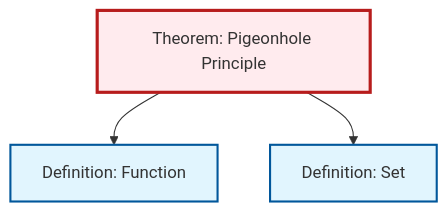
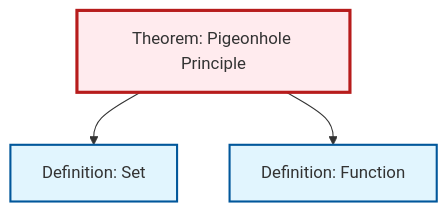
One commit to RK0429/ModernMath changed the diagram in content/en/combinatorics/thm-pigeonhole-principle.qmd. Above: the diagram before and after it, drawn with Mermaid. The commit also changed other lines of this file and 672 other files, not shown here.

````diff
--- a/content/en/combinatorics/thm-pigeonhole-principle.qmd
+++ b/content/en/combinatorics/thm-pigeonhole-principle.qmd
@@ -64,17 +64,17 @@
 ```{mermaid}
 %%| fig-cap: "Local dependency graph"
 graph TD
     classDef definition fill:#e1f5fe,stroke:#01579b,stroke-width:2px
     classDef theorem fill:#f3e5f5,stroke:#4a148c,stroke-width:2px
     classDef axiom fill:#fff3e0,stroke:#e65100,stroke-width:2px
     classDef example fill:#e8f5e9,stroke:#1b5e20,stroke-width:2px
     classDef current fill:#ffebee,stroke:#b71c1c,stroke-width:3px
+    def-set["Definition: Set"]:::definition
+    def-function["Definition: Function"]:::definition
     thm-pigeonhole-principle["Theorem: Pigeonhole Principle"]:::theorem
-    def-function["Definition: Function"]:::definition
-    def-set["Definition: Set"]:::definition
+    thm-pigeonhole-principle --> def-set
     thm-pigeonhole-principle --> def-function
-    thm-pigeonhole-principle --> def-set
     class thm-pigeonhole-principle current
+    click def-set "def-set.html" "Go to Set definition"
     click def-function "def-function.html" "Go to Function definition"
-    click def-set "def-set.html" "Go to Set definition"
 ```
````
